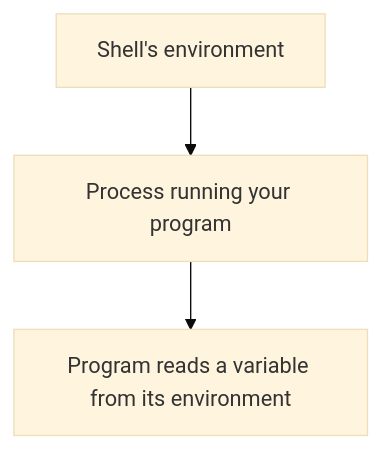
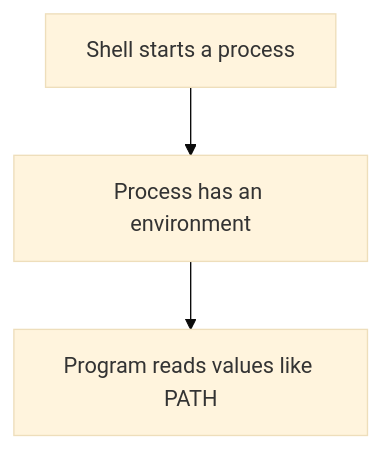
The diagram in backend/00-foundations/02-terminal/concepts/07-environment-variables.md (sage9705/unslop), drawn with Mermaid (base theme) before and after one commit. The commit also changed other lines of this file and 3 other files, not shown here.

````diff
--- a/backend/00-foundations/02-terminal/concepts/07-environment-variables.md
+++ b/backend/00-foundations/02-terminal/concepts/07-environment-variables.md
@@ -19,5 +31,5 @@
 ```mermaid
 flowchart TD
-    A["Shell's environment"] --> B["Process running your program"]
-    B --> C["Program reads a variable from its environment"]
+    A["Shell starts a process"] --> B["Process has an environment"]
+    B --> C["Program reads values like PATH"]
 ```
````
